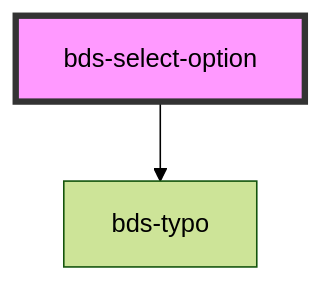
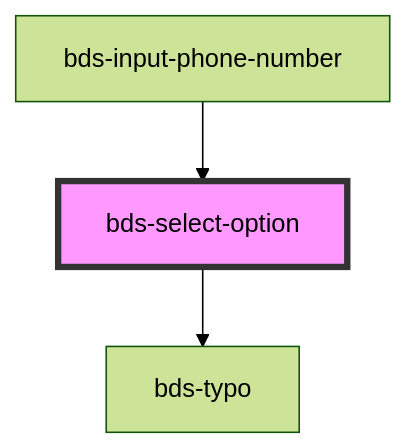
Before and after one commit to takenet/blip-ds: the diagram in src/components/select-option/readme.md, drawn with Mermaid (forest theme). The commit also changed other lines of this file and 13 other files, not shown here.

First line of the commit message:
feat(component): add first scope of input phone number

````diff
--- a/src/components/select-option/readme.md
+++ b/src/components/select-option/readme.md
@@ -32,5 +36,6 @@
 ```mermaid
 graph TD;
   bds-select-option --> bds-typo
+  bds-input-phone-number --> bds-select-option
   style bds-select-option fill:#f9f,stroke:#333,stroke-width:4px
 ```
````
